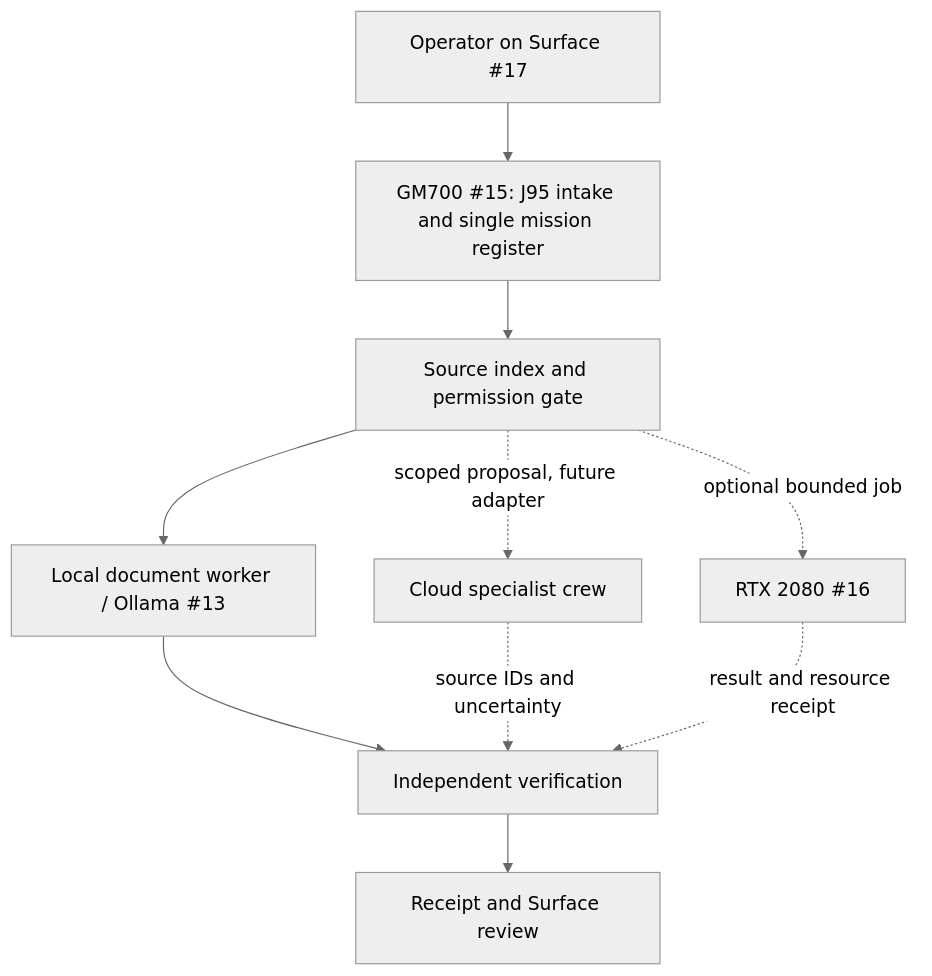
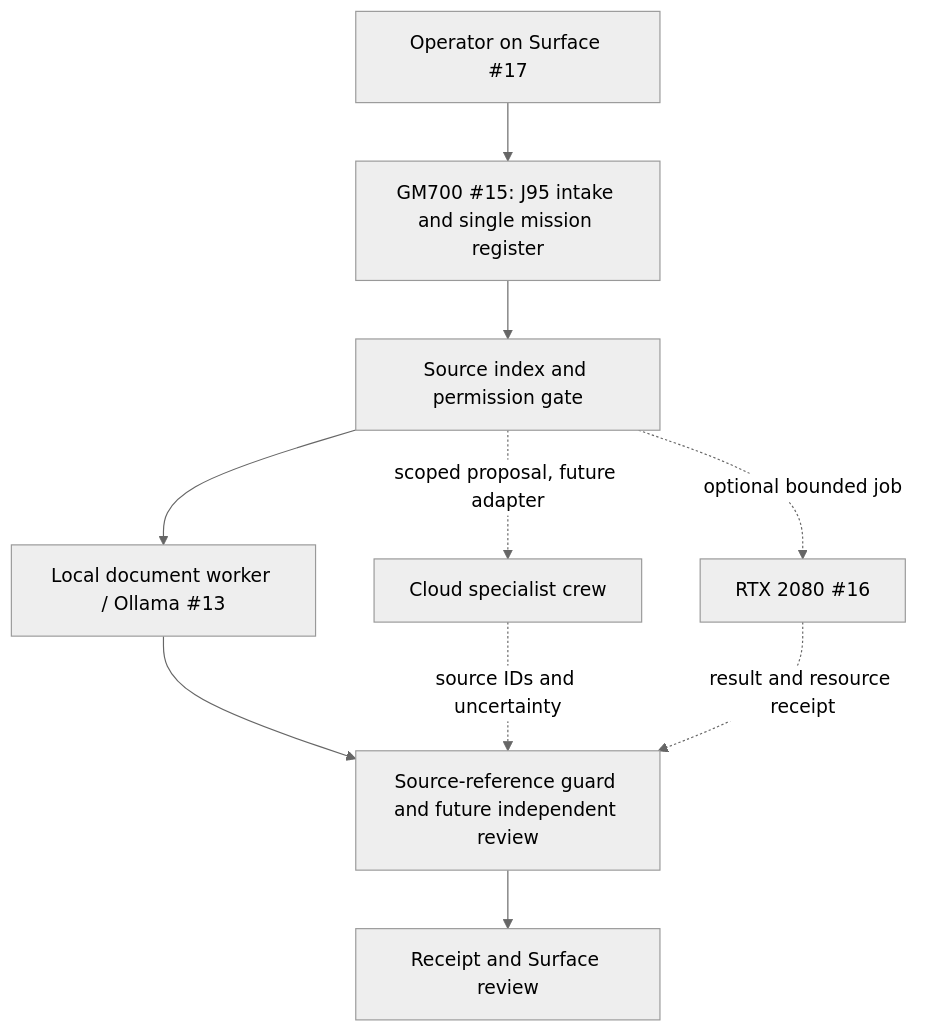
The diagram in docs/NET95X_CONSOLE_DESIGN.md (Ark95x-sAn/ark95x-unified-sovereign-stack), drawn with Mermaid (neutral theme) before and after one commit. The commit also changed other lines of this file, not shown here.

````diff
--- a/docs/NET95X_CONSOLE_DESIGN.md
+++ b/docs/NET95X_CONSOLE_DESIGN.md
@@ -11,12 +11,12 @@
 ```mermaid
 flowchart TD
     U["Operator on Surface #17"] --> G["GM700 #15: J95 intake and single mission register"]
     G --> E["Source index and permission gate"]
     E --> L["Local document worker / Ollama #13"]
     E -. "scoped proposal, future adapter" .-> C["Cloud specialist crew"]
-    L --> V["Independent verification"]
+    L --> V["Source-reference guard and future independent review"]
     C -. "source IDs and uncertainty" .-> V
     V --> R["Receipt and Surface review"]
     E -. "optional bounded job" .-> X["RTX 2080 #16"]
     X -. "result and resource receipt" .-> V
 ```
````
